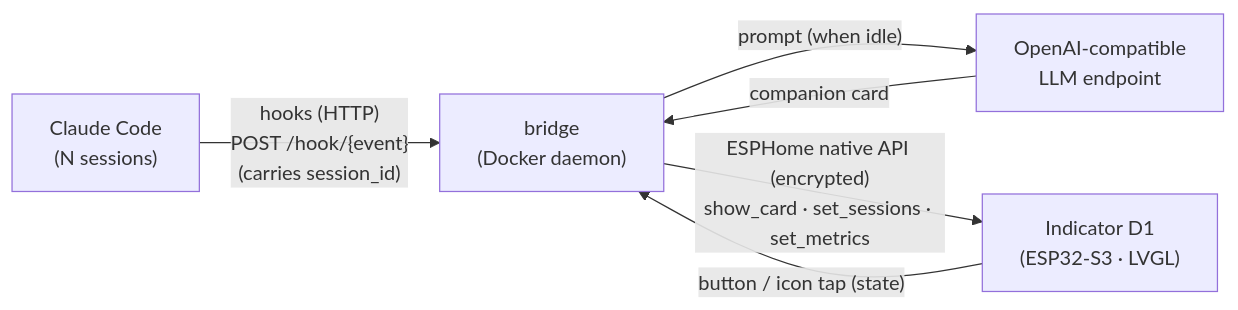
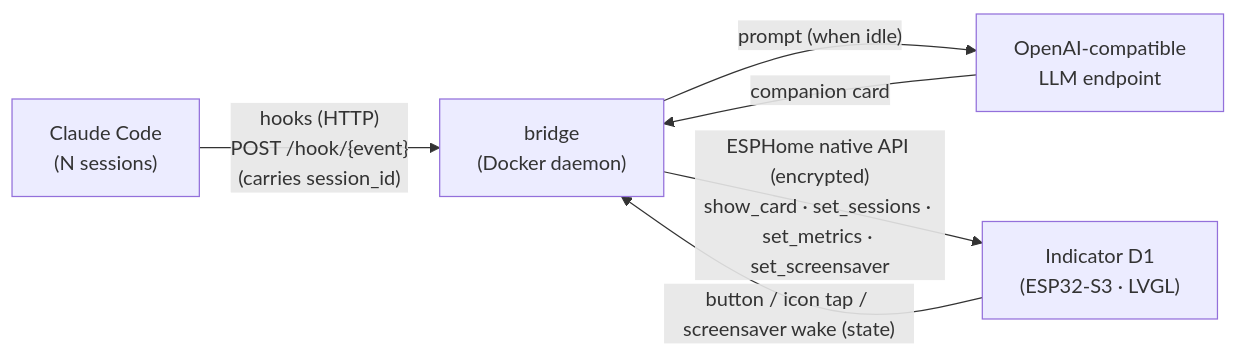
The diagram in README.md (yufeikang/indicator-ai-companion), drawn with Mermaid before and after one commit. The commit also changed other lines of this file and 12 other files, not shown here.

````diff
--- a/README.md
+++ b/README.md
@@ -27,13 +31,13 @@
 ```mermaid
 flowchart LR
     CC["Claude Code<br/>(N sessions)"]
     BR["bridge<br/>(Docker daemon)"]
     LLM["OpenAI-compatible<br/>LLM endpoint"]
     DEV["Indicator D1<br/>(ESP32-S3 · LVGL)"]
 
     CC -- "hooks (HTTP)<br/>POST /hook/{event}<br/>(carries session_id)" --> BR
     BR -- "prompt (when idle)" --> LLM
     LLM -- "companion card" --> BR
-    BR -- "ESPHome native API (encrypted)<br/>show_card · set_sessions · set_metrics" --> DEV
-    DEV -- "button / icon tap (state)" --> BR
+    BR -- "ESPHome native API (encrypted)<br/>show_card · set_sessions · set_metrics · set_screensaver" --> DEV
+    DEV -- "button / icon tap / screensaver wake (state)" --> BR
 ```
````
